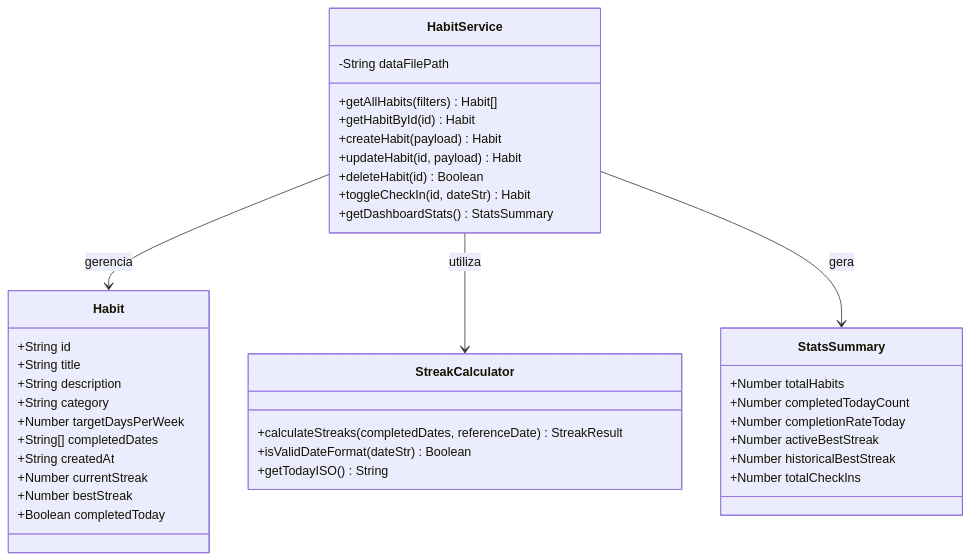
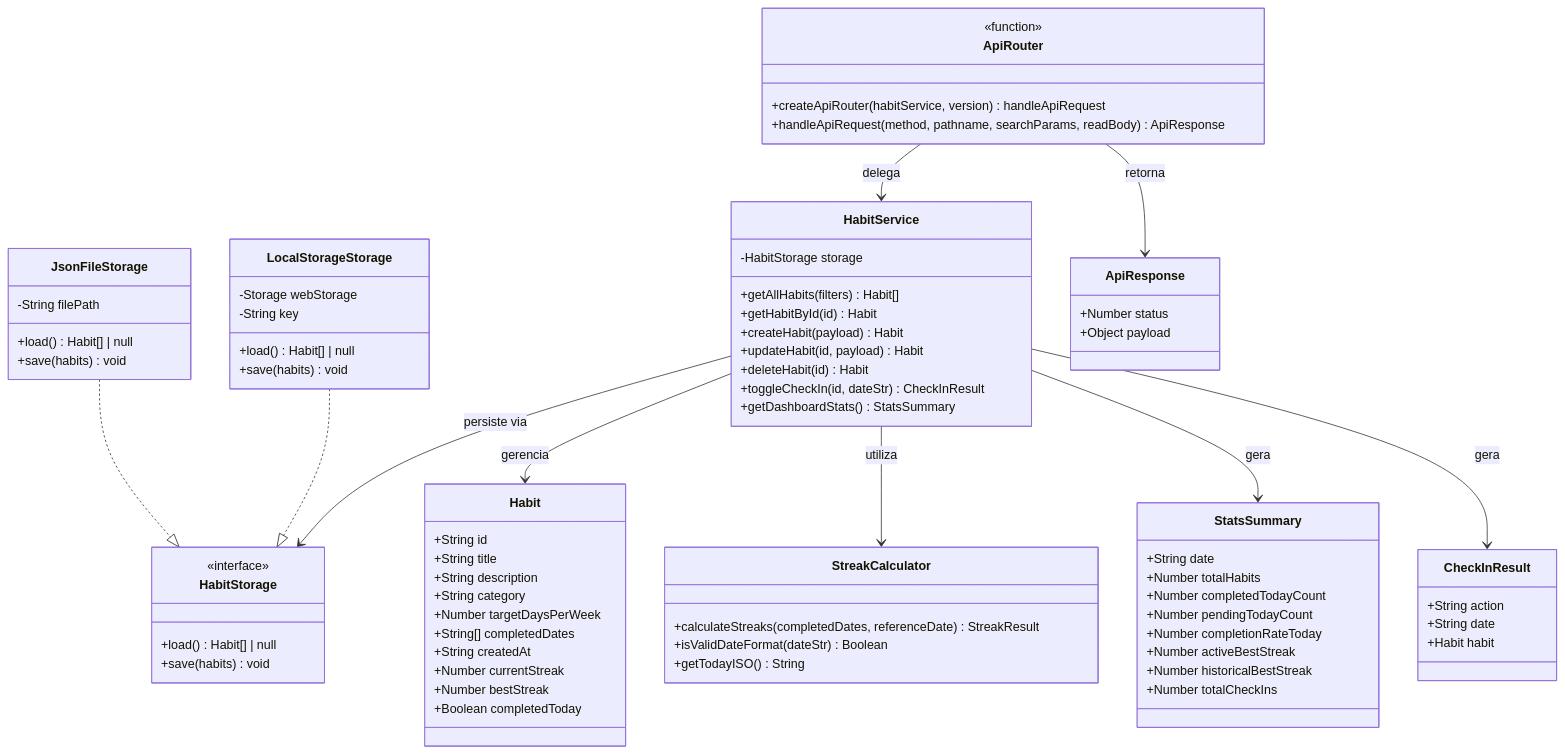
One commit to Molimpion/habit-tracker changed the third of 4 diagrams in docs/arquitetura-e-diagramas.md. Above: the diagram before and after it, drawn with Mermaid. The commit also changed other lines of this file, not shown here.

First line of the commit message:
docs(arch): atualizar camadas, diagramas C4 e de classes para adapters, roteador e modo demo (#51)

````diff
--- a/docs/arquitetura-e-diagramas.md
+++ b/docs/arquitetura-e-diagramas.md
@@ -52,15 +90,40 @@
         +Boolean completedToday
     }
 
+    class HabitStorage {
+        <<interface>>
+        +load() Habit[] | null
+        +save(habits) void
+    }
+
+    class JsonFileStorage {
+        -String filePath
+        +load() Habit[] | null
+        +save(habits) void
+    }
+
+    class LocalStorageStorage {
+        -Storage webStorage
+        -String key
+        +load() Habit[] | null
+        +save(habits) void
+    }
+
     class HabitService {
-        -String dataFilePath
+        -HabitStorage storage
         +getAllHabits(filters) Habit[]
         +getHabitById(id) Habit
         +createHabit(payload) Habit
         +updateHabit(id, payload) Habit
-        +deleteHabit(id) Boolean
-        +toggleCheckIn(id, dateStr) Habit
+        +deleteHabit(id) Habit
+        +toggleCheckIn(id, dateStr) CheckInResult
         +getDashboardStats() StatsSummary
+    }
+
+    class ApiRouter {
+        <<function>>
+        +createApiRouter(habitService, version) handleApiRequest
+        +handleApiRequest(method, pathname, searchParams, readBody) ApiResponse
     }
 
     class StreakCalculator {
@@ -69,16 +132,35 @@
         +getTodayISO() String
     }
 
+    class CheckInResult {
+        +String action
+        +String date
+        +Habit habit
+    }
+
+    class ApiResponse {
+        +Number status
+        +Object payload
+    }
+
     class StatsSummary {
+        +String date
         +Number totalHabits
         +Number completedTodayCount
+        +Number pendingTodayCount
         +Number completionRateToday
         +Number activeBestStreak
         +Number historicalBestStreak
         +Number totalCheckIns
     }
 
+    JsonFileStorage ..|> HabitStorage
+    LocalStorageStorage ..|> HabitStorage
+    HabitService --> HabitStorage : persiste via
     HabitService --> Habit : gerencia
     HabitService --> StreakCalculator : utiliza
     HabitService --> StatsSummary : gera
+    HabitService --> CheckInResult : gera
+    ApiRouter --> HabitService : delega
+    ApiRouter --> ApiResponse : retorna
 ```
````
